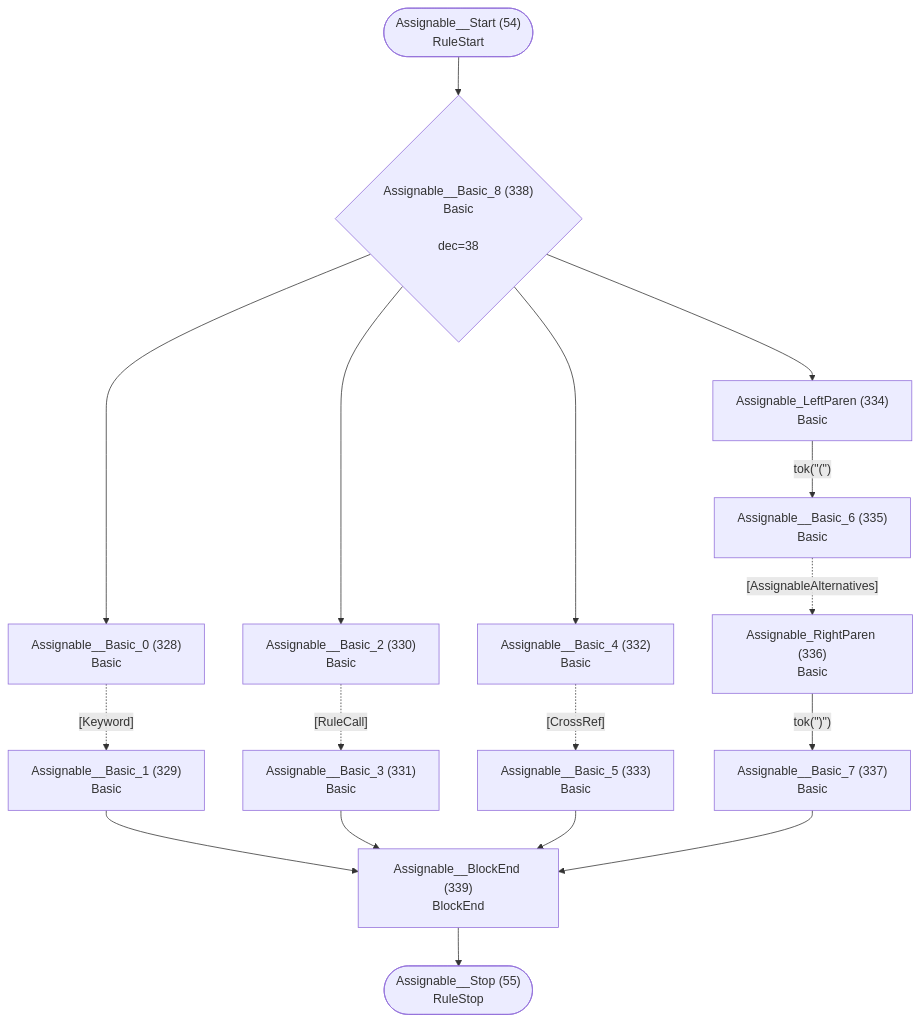
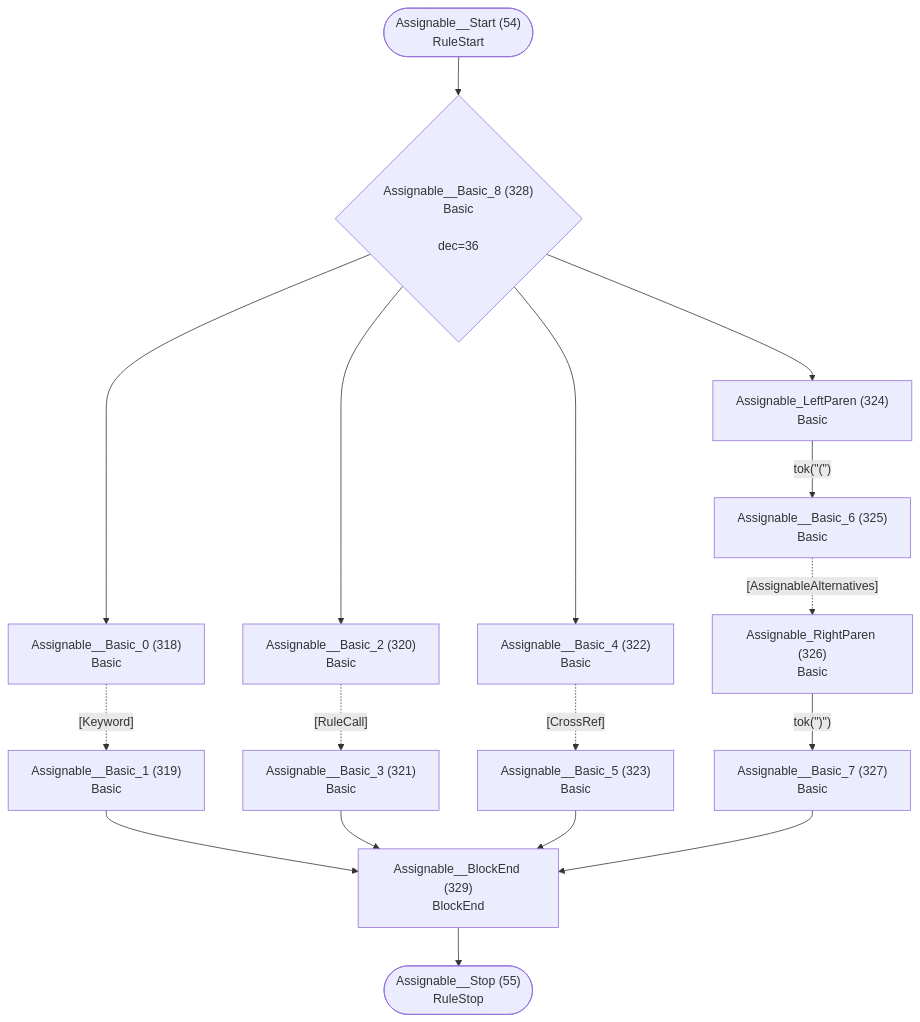
Before and after one commit to TypeFox/fastbelt: diagram 28 of 40 in internal/grammar/atn.md, drawn with Mermaid. The commit also changed other lines of this file and 145 other files, not shown here.

````diff
--- a/internal/grammar/atn.md
+++ b/internal/grammar/atn.md
@@ -826,34 +804,34 @@
 ```mermaid
 flowchart TD
     q54(["Assignable__Start (54)<br/>RuleStart"])
     q55(["Assignable__Stop (55)<br/>RuleStop"])
-    q328["Assignable__Basic_0 (328)<br/>Basic<br/>"]
-    q329["Assignable__Basic_1 (329)<br/>Basic<br/>"]
-    q330["Assignable__Basic_2 (330)<br/>Basic<br/>"]
-    q331["Assignable__Basic_3 (331)<br/>Basic<br/>"]
-    q332["Assignable__Basic_4 (332)<br/>Basic<br/>"]
-    q333["Assignable__Basic_5 (333)<br/>Basic<br/>"]
-    q334["Assignable_LeftParen (334)<br/>Basic<br/>"]
-    q335["Assignable__Basic_6 (335)<br/>Basic<br/>"]
-    q336["Assignable_RightParen (336)<br/>Basic<br/>"]
-    q337["Assignable__Basic_7 (337)<br/>Basic<br/>"]
-    q338{"Assignable__Basic_8 (338)<br/>Basic<br/><br/>dec=38"}
-    q339["Assignable__BlockEnd (339)<br/>BlockEnd<br/>"]
+    q318["Assignable__Basic_0 (318)<br/>Basic<br/>"]
+    q319["Assignable__Basic_1 (319)<br/>Basic<br/>"]
+    q320["Assignable__Basic_2 (320)<br/>Basic<br/>"]
+    q321["Assignable__Basic_3 (321)<br/>Basic<br/>"]
+    q322["Assignable__Basic_4 (322)<br/>Basic<br/>"]
+    q323["Assignable__Basic_5 (323)<br/>Basic<br/>"]
+    q324["Assignable_LeftParen (324)<br/>Basic<br/>"]
+    q325["Assignable__Basic_6 (325)<br/>Basic<br/>"]
+    q326["Assignable_RightParen (326)<br/>Basic<br/>"]
+    q327["Assignable__Basic_7 (327)<br/>Basic<br/>"]
+    q328{"Assignable__Basic_8 (328)<br/>Basic<br/><br/>dec=36"}
+    q329["Assignable__BlockEnd (329)<br/>BlockEnd<br/>"]
 
-    q54 --> q338
-    q328 -.->|"[Keyword]"| q329
-    q329 --> q339
-    q330 -.->|"[RuleCall]"| q331
-    q331 --> q339
-    q332 -.->|"[CrossRef]"| q333
-    q333 --> q339
-    q334 -->|"tok(&quot;(&quot;)"| q335
-    q335 -.->|"[AssignableAlternatives]"| q336
-    q336 -->|"tok(&quot;)&quot;)"| q337
-    q337 --> q339
-    q338 --> q328
-    q338 --> q330
-    q338 --> q332
-    q338 --> q334
-    q339 --> q55
+    q54 --> q328
+    q318 -.->|"[Keyword]"| q319
+    q319 --> q329
+    q320 -.->|"[RuleCall]"| q321
+    q321 --> q329
+    q322 -.->|"[CrossRef]"| q323
+    q323 --> q329
+    q324 -->|"tok(&quot;(&quot;)"| q325
+    q325 -.->|"[AssignableAlternatives]"| q326
+    q326 -->|"tok(&quot;)&quot;)"| q327
+    q327 --> q329
+    q328 --> q318
+    q328 --> q320
+    q328 --> q322
+    q328 --> q324
+    q329 --> q55
 ```
````
